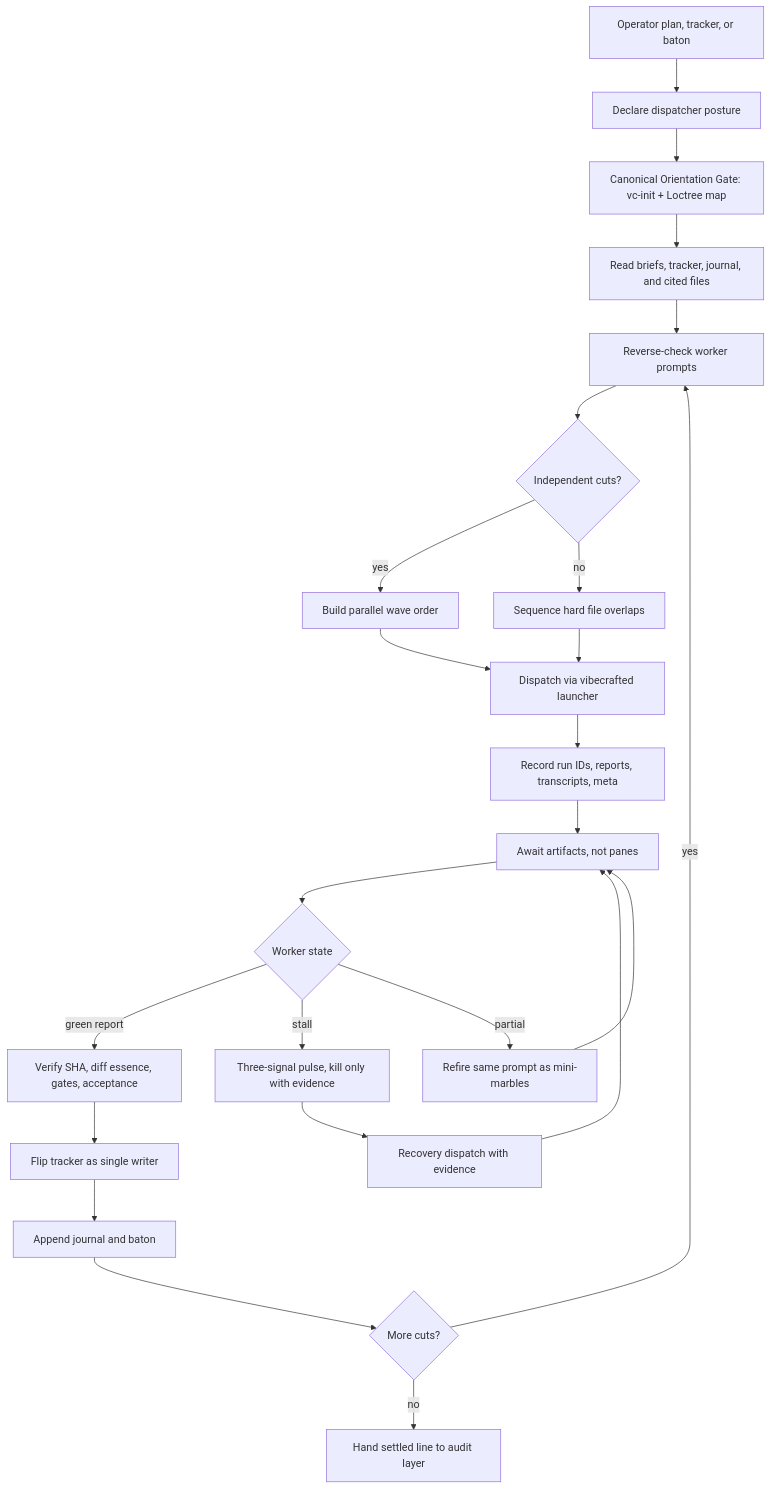
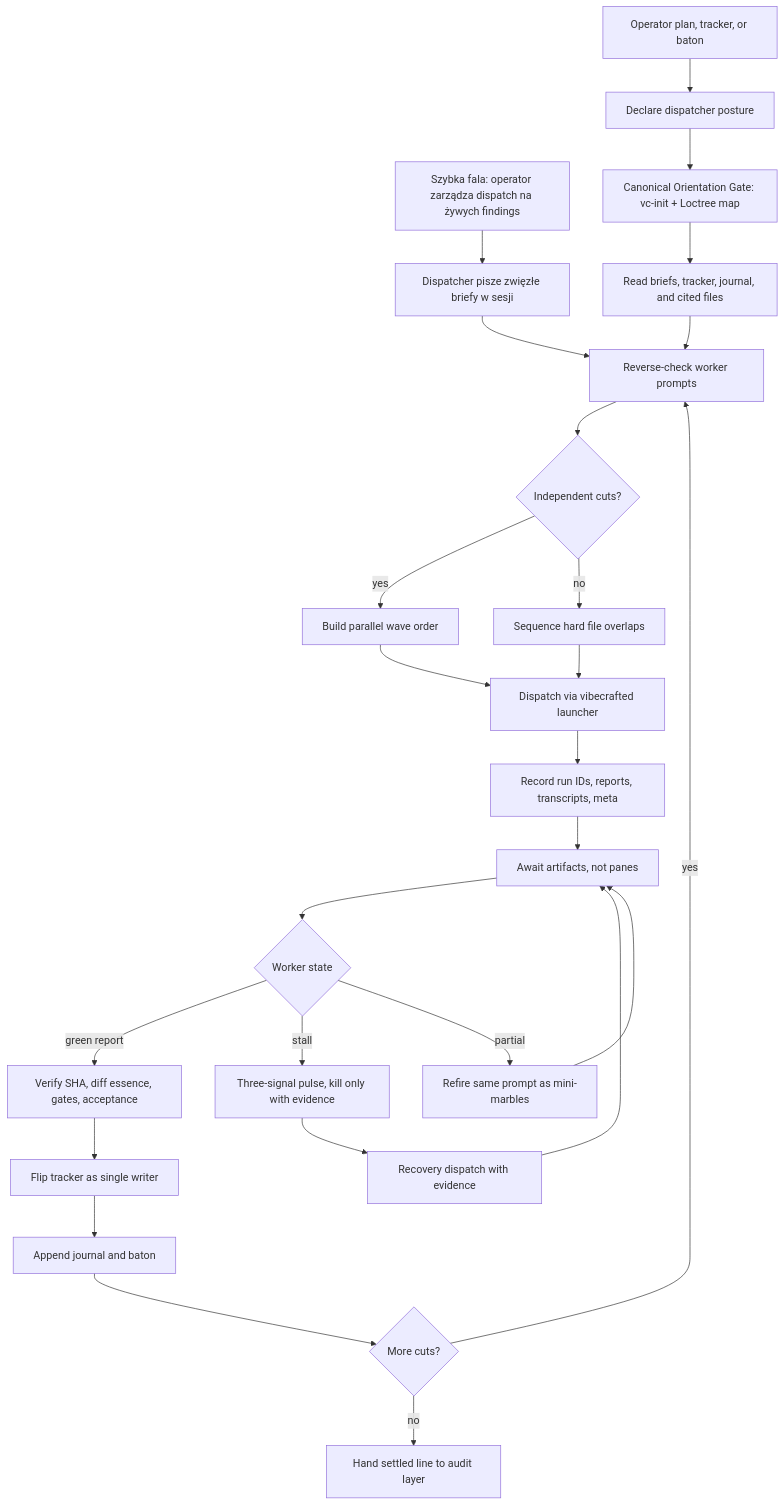
The diagram in vibecrafted-core/vibecrafted_core/skills/pl/vc-dispatch/FLOW.md (VetCoders/vibecrafted), drawn with Mermaid before and after one commit. The commit also changed 2 other files, not shown here.

Commit message:
[claude/interactive] docs(skills-pl): PL mirror for fast-wave doctrine
- pl/vc-dispatch/references/fast-wave-brief.md: full translation (localization
  contract gate: canonical doctrine without a PL mirror fails portable checks)
- pl SKILL.md: fast-wave section, input-contract amendment, substrate-is-mechanics
- pl FLOW.md: fast-wave entry node

session_id: 760d0c62-f5af-49d7-a8a1-09532f6a9584

time: 2026-08-22T08:14:42+02:00

runtime: interactive

````diff
--- a/vibecrafted-core/vibecrafted_core/skills/pl/vc-dispatch/FLOW.md
+++ b/vibecrafted-core/vibecrafted_core/skills/pl/vc-dispatch/FLOW.md
@@ -11,26 +11,28 @@
 ```mermaid
 flowchart TD
     A[Operator plan, tracker, or baton] --> B[Declare dispatcher posture]
+    A2[Szybka fala: operator zarządza dispatch na żywych findings] --> B2[Dispatcher pisze zwięzłe briefy w sesji]
+    B2 --> E
     B --> C[Canonical Orientation Gate: vc-init + Loctree map]
     C --> D[Read briefs, tracker, journal, and cited files]
     D --> E[Reverse-check worker prompts]
     E --> F{Independent cuts?}
     F -->|yes| G[Build parallel wave order]
     F -->|no| H[Sequence hard file overlaps]
     G --> I[Dispatch via vibecrafted launcher]
     H --> I
     I --> J[Record run IDs, reports, transcripts, meta]
     J --> K[Await artifacts, not panes]
     K --> L{Worker state}
     L -->|green report| M[Verify SHA, diff essence, gates, acceptance]
     L -->|stall| N[Three-signal pulse, kill only with evidence]
     L -->|partial| O[Refire same prompt as mini-marbles]
     N --> P[Recovery dispatch with evidence]
     P --> K
     O --> K
     M --> Q[Flip tracker as single writer]
     Q --> R[Append journal and baton]
     R --> S{More cuts?}
     S -->|yes| E
     S -->|no| T[Hand settled line to audit layer]
 ```
````
